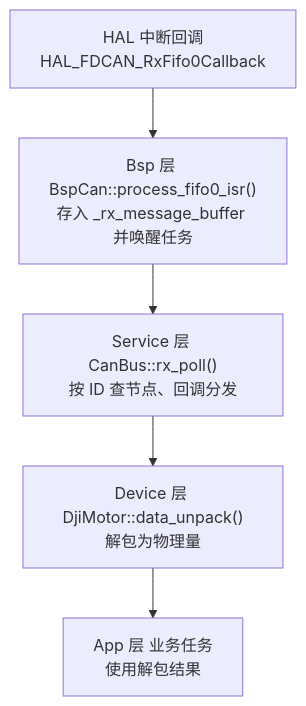
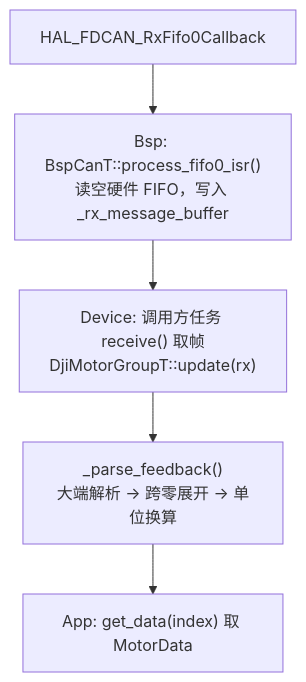
Before and after one commit to cubot-refactor-code-plan/DM_MC02: the first of 2 diagrams in Docs/spec/分层架构.md, drawn with Mermaid. The commit also changed other lines of this file and 43 other files, not shown here.

````diff
--- a/Docs/spec/分层架构.md
+++ b/Docs/spec/分层架构.md
@@ -46,7 +52,7 @@
 ```mermaid
 graph TD
-  A["HAL 中断回调<br/>HAL_FDCAN_RxFifo0Callback"] --> B["Bsp 层 BspCan::process_fifo0_isr()<br/>存入 _rx_message_buffer 并唤醒任务"]
-  B --> C["Service 层 CanBus::rx_poll()<br/>按 ID 查节点、回调分发"]
-  C --> D["Device 层 DjiMotor::data_unpack()<br/>解包为物理量"]
-  D --> E["App 层 业务任务<br/>使用解包结果"]
+  A["HAL_FDCAN_RxFifo0Callback"] --> B["Bsp: BspCanT::process_fifo0_isr()<br/>读空硬件 FIFO，写入 _rx_message_buffer"]
+  B --> C["Device: 调用方任务 receive() 取帧<br/>DjiMotorGroupT::update(rx)"]
+  C --> D["_parse_feedback()<br/>大端解析 → 跨零展开 → 单位换算"]
+  D --> E["App: get_data(index) 取 MotorData"]
 ```
````
